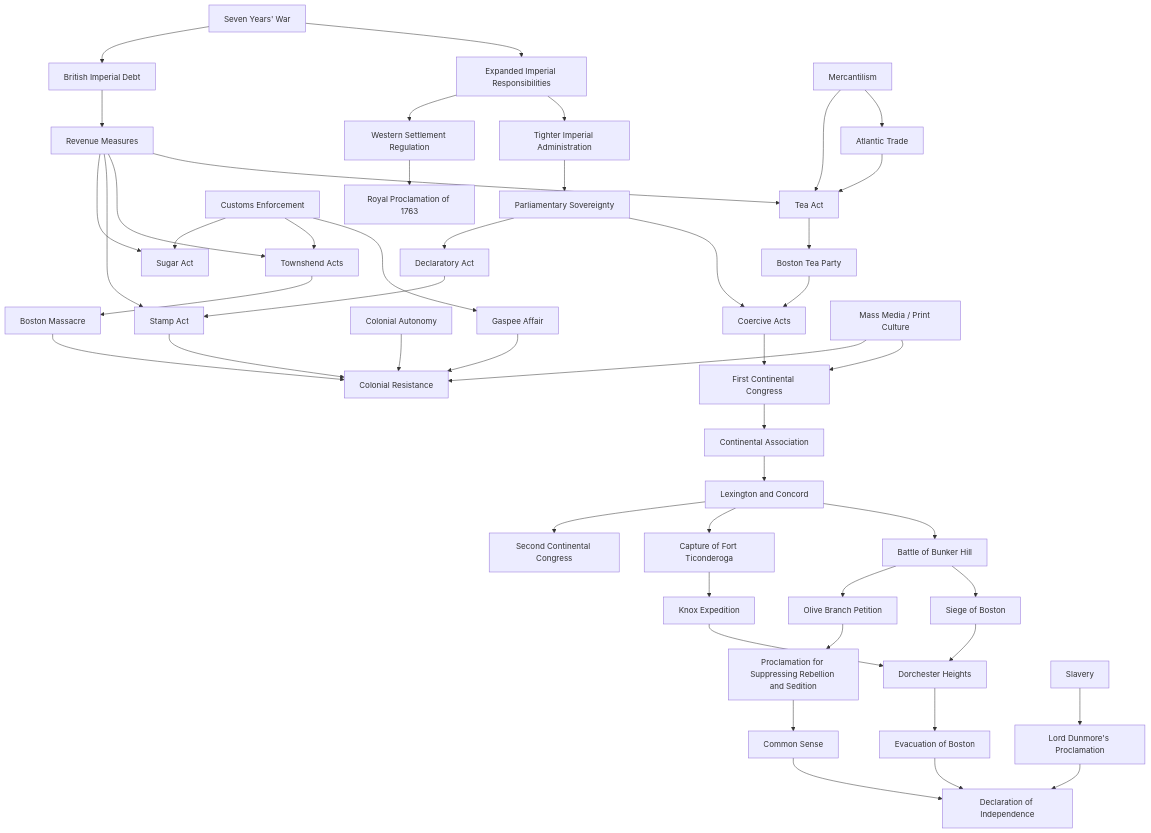
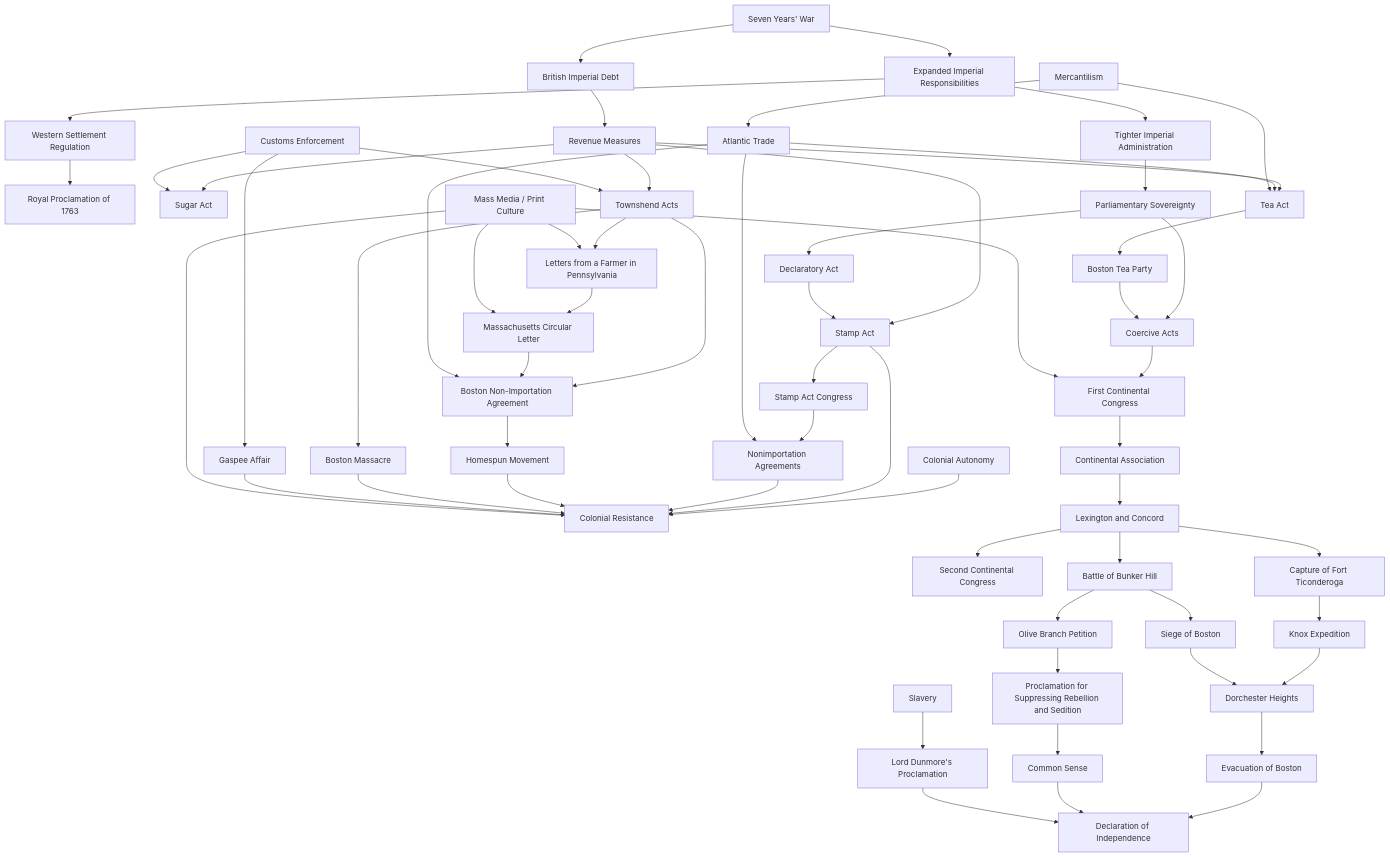
Before and after one commit to mattblethen/Causal-Atlas: the diagram in 09_Maps_Models/Pressure_Maps/American Revolution Pressure Map.md, drawn with Mermaid. The commit also changed other lines of this file and 55 other files, not shown here.

````diff
--- a/09_Maps_Models/Pressure_Maps/American Revolution Pressure Map.md
+++ b/09_Maps_Models/Pressure_Maps/American Revolution Pressure Map.md
@@ -18,51 +22,64 @@
 ```mermaid
 flowchart TD
     A["Seven Years' War"] --> B["British Imperial Debt"]
     A --> C["Expanded Imperial Responsibilities"]
     B --> D["Revenue Measures"]
     C --> AB["Western Settlement Regulation"]
     C --> E["Tighter Imperial Administration"]
     AB --> AC["Royal Proclamation of 1763"]
     D --> AD["Sugar Act"]
     D --> F["Stamp Act"]
+    F --> AN["Stamp Act Congress"]
+    AN --> AO["Nonimportation Agreements"]
     D --> S["Townshend Acts"]
     D --> G["Tea Act"]
     E --> H["Parliamentary Sovereignty"]
     H --> AE["Declaratory Act"]
     AE --> F
     H --> I["Coercive Acts"]
     J["Colonial Autonomy"] --> K["Colonial Resistance"]
     F --> K
+    AO --> K
     S --> T["Boston Massacre"]
+    S --> AP["Letters from a Farmer in Pennsylvania"]
+    AP --> AQ["Massachusetts Circular Letter"]
+    S --> AR["Boston Non-Importation Agreement"]
+    AQ --> AR
+    AR --> AS["Homespun Movement"]
+    AS --> K
     T --> K
     AF["Customs Enforcement"] --> AD
     AF --> S
     AF --> AG["Gaspee Affair"]
     AG --> K
     G --> L["Boston Tea Party"]
     L --> I
     I --> M["First Continental Congress"]
     M --> U["Continental Association"]
     U --> N["Lexington and Concord"]
     N --> AJ["Second Continental Congress"]
     N --> AK["Capture of Fort Ticonderoga"]
     AK --> AL["Knox Expedition"]
     N --> X["Battle of Bunker Hill"]
     X --> V["Olive Branch Petition"]
     V --> Y["Proclamation for Suppressing Rebellion and Sedition"]
     Y --> W["Common Sense"]
     X --> AH["Siege of Boston"]
     AL --> AM["Dorchester Heights"]
     AH --> AM
     AM --> AI["Evacuation of Boston"]
     AI --> O
     W --> O["Declaration of Independence"]
     Z["Slavery"] --> AA["Lord Dunmore's Proclamation"]
     AA --> O
 
     P["Atlantic Trade"] --> G
+    P --> AO
+    P --> AR
     Q["Mercantilism"] --> G
     Q --> P
     R["Mass Media / Print Culture"] --> K
+    R --> AP
+    R --> AQ
     R --> M
 ```
````
